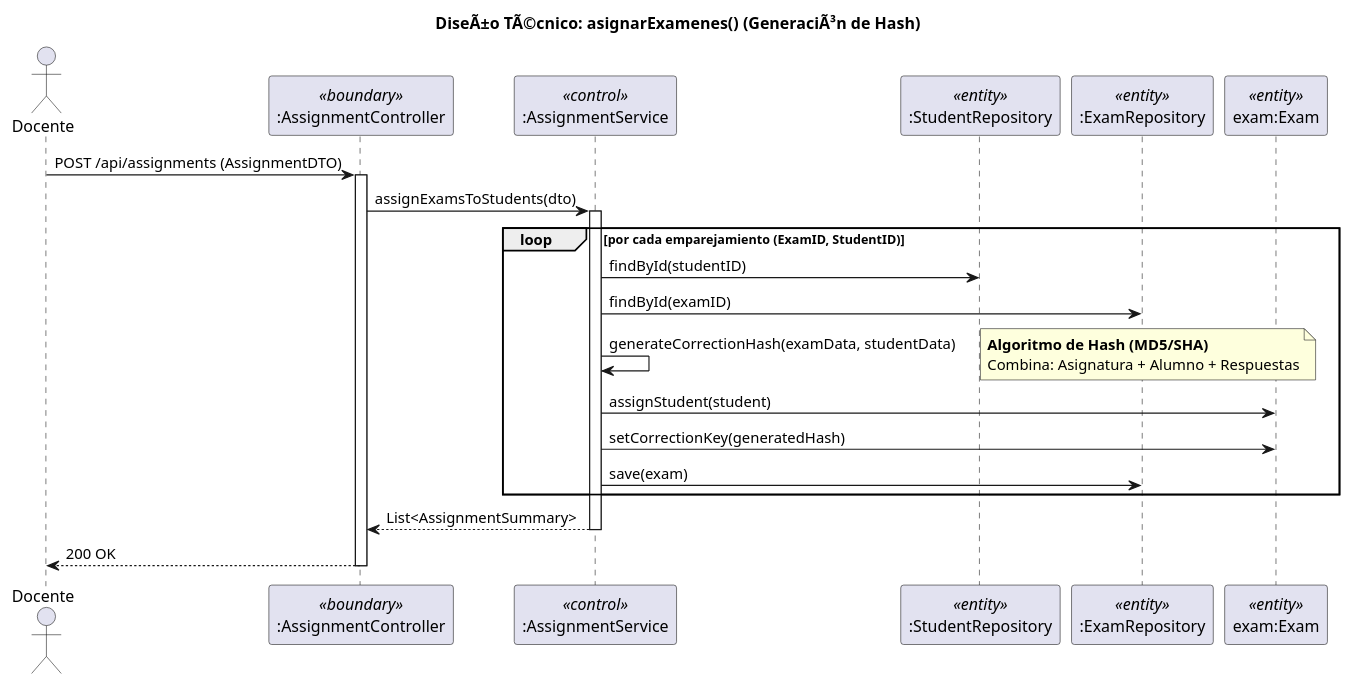
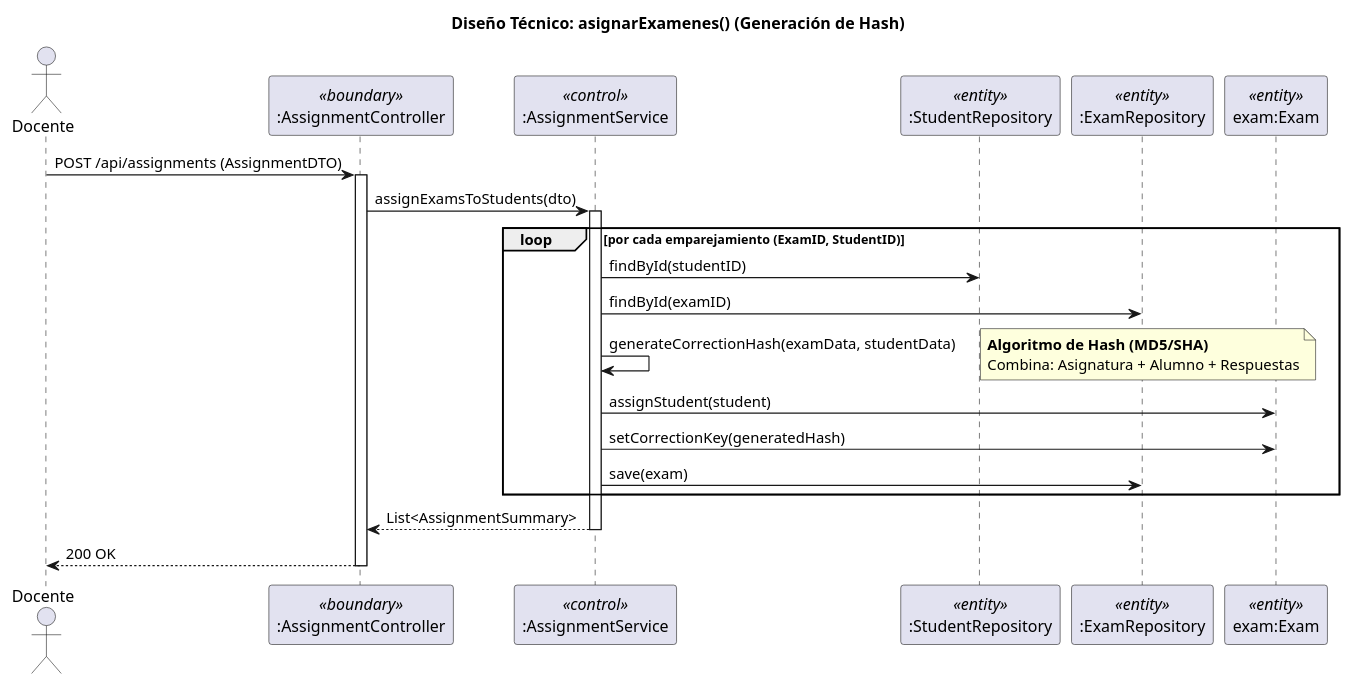
One commit to liamanderson873/25-26-idsw2-sdVC changed the second of 2 diagrams in RUP/01-analisis/casos-uso/CU-09-asignarExamenes/README.md. Above: the diagram before and after it, drawn with PlantUML. The commit also changed other lines of this file and 41 other files, not shown here.

````diff
--- a/RUP/01-analisis/casos-uso/CU-09-asignarExamenes/README.md
+++ b/RUP/01-analisis/casos-uso/CU-09-asignarExamenes/README.md
@@ -96,44 +96,44 @@
 ```plantuml
 @startuml CU-09-asignarExamenes-diseno
 
 skinparam linetype polyline
 
 actor "Docente" as Actor
 participant ":AssignmentController" as Controller <<boundary>>
 participant ":AssignmentService" as Service <<control>>
 participant ":StudentRepository" as SRepo <<entity>>
 participant ":ExamRepository" as ERepo <<entity>>
 participant "exam:Exam" as Entity <<entity>>
 
-title DiseÃ±o TÃ©cnico: asignarExamenes() (GeneraciÃ³n de Hash)
+title Diseño Técnico: asignarExamenes() (Generación de Hash)
 
 Actor -> Controller : POST /api/assignments (AssignmentDTO)
 activate Controller
 
 Controller -> Service : assignExamsToStudents(dto)
 activate Service
 
 loop por cada emparejamiento (ExamID, StudentID)
     Service -> SRepo : findById(studentID)
     Service -> ERepo : findById(examID)
     
     Service -> Service : generateCorrectionHash(examData, studentData)
     note right
     **Algoritmo de Hash (MD5/SHA)**
     Combina: Asignatura + Alumno + Respuestas
     end note
     
     Service -> Entity : assignStudent(student)
     Service -> Entity : setCorrectionKey(generatedHash)
     
     Service -> ERepo : save(exam)
 end
 
 Service --> Controller : List<AssignmentSummary>
 deactivate Service
 
 Controller --> Actor : 200 OK
 deactivate Controller
 
 @enduml
 ```
````
